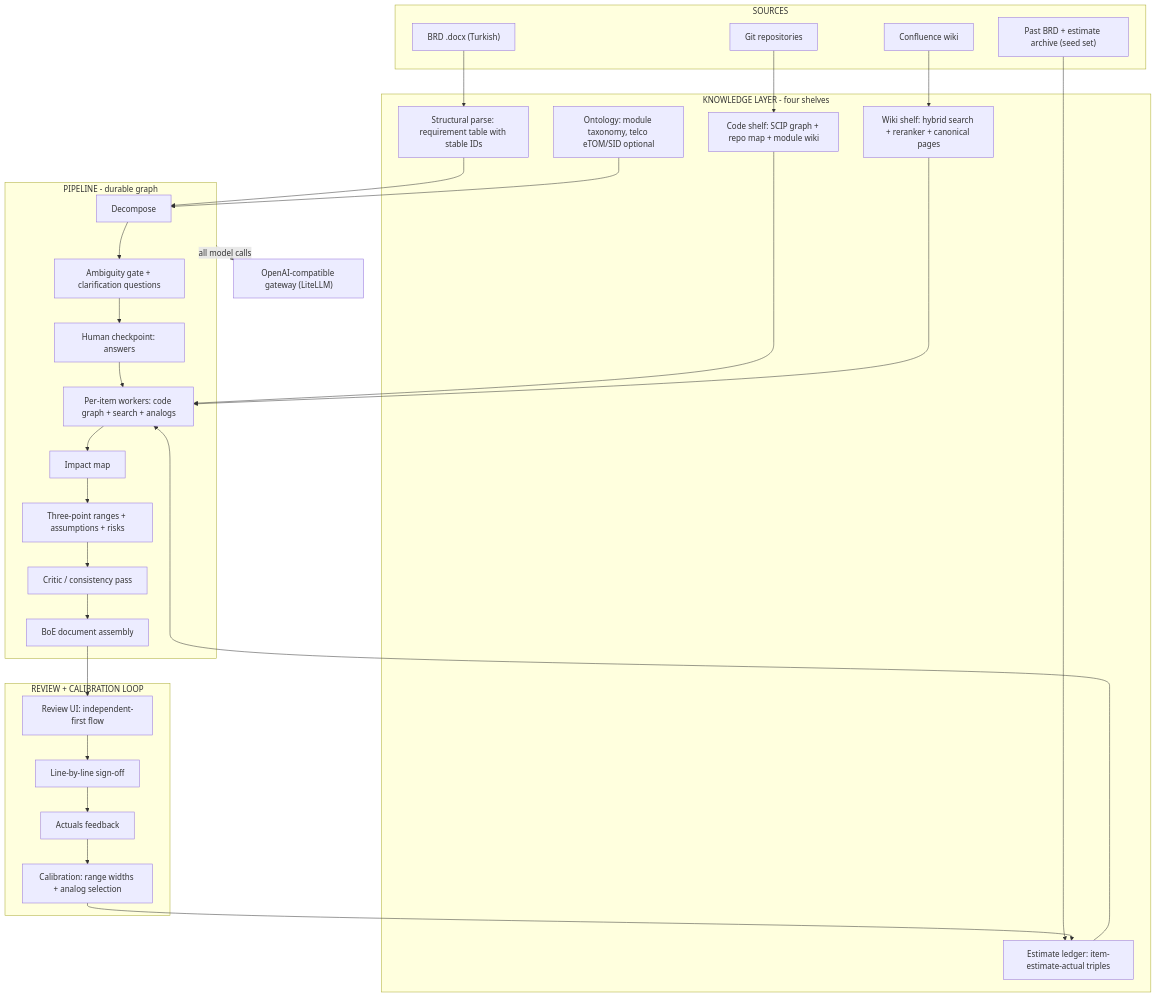
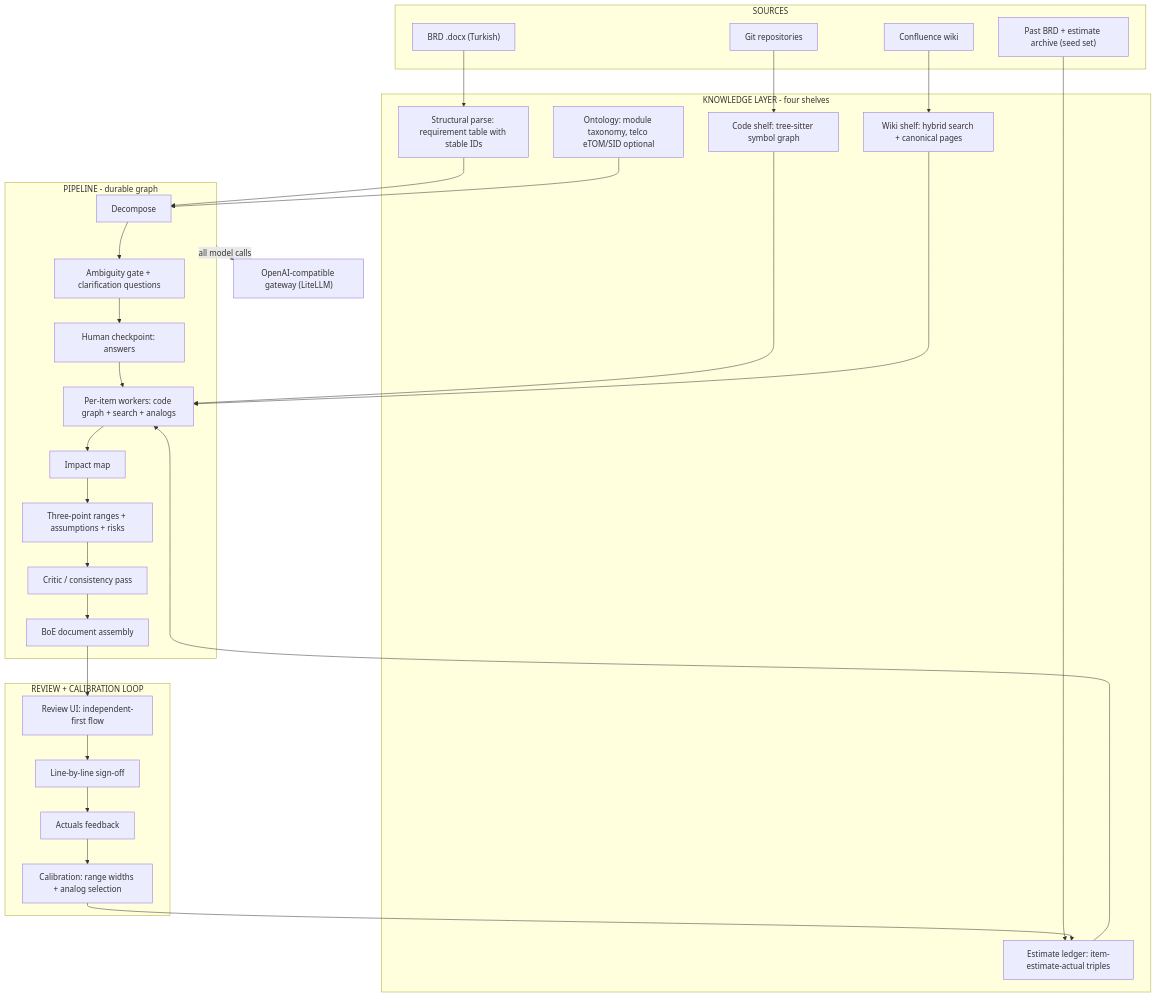
One commit to Sangaibisi/estimo changed the diagram in docs/ARCHITECTURE.md. Above: the diagram before and after it, drawn with Mermaid. The commit also changed other lines of this file and 6 other files, not shown here.

````diff
--- a/docs/ARCHITECTURE.md
+++ b/docs/ARCHITECTURE.md
@@ -9,49 +13,49 @@
 ```mermaid
 flowchart TB
     subgraph SRC["SOURCES"]
         BRD["BRD .docx (Turkish)"]
         CONF["Confluence wiki"]
         GIT["Git repositories"]
         ARCH["Past BRD + estimate archive (seed set)"]
     end
 
     subgraph KNW["KNOWLEDGE LAYER - four shelves"]
         PARSE["Structural parse: requirement table with stable IDs"]
-        CODE["Code shelf: SCIP graph + repo map + module wiki"]
-        WIKI["Wiki shelf: hybrid search + reranker + canonical pages"]
+        CODE["Code shelf: tree-sitter symbol graph"]
+        WIKI["Wiki shelf: hybrid search + canonical pages"]
         LEDGER["Estimate ledger: item-estimate-actual triples"]
         ONTO["Ontology: module taxonomy, telco eTOM/SID optional"]
     end
 
     subgraph PIPE["PIPELINE - durable graph"]
         DEC["Decompose"]
         AMB["Ambiguity gate + clarification questions"]
         HITL["Human checkpoint: answers"]
         WRK["Per-item workers: code graph + search + analogs"]
         IMP["Impact map"]
         EST["Three-point ranges + assumptions + risks"]
         CRIT["Critic / consistency pass"]
         DOC["BoE document assembly"]
     end
 
     subgraph REV["REVIEW + CALIBRATION LOOP"]
         UI["Review UI: independent-first flow"]
         SIGN["Line-by-line sign-off"]
         ACT["Actuals feedback"]
         CAL["Calibration: range widths + analog selection"]
     end
 
     GW["OpenAI-compatible gateway (LiteLLM)"]
 
     BRD --> PARSE --> DEC
     CONF --> WIKI
     GIT --> CODE
     ARCH --> LEDGER
     ONTO --> DEC
     DEC --> AMB --> HITL --> WRK
     CODE --> WRK
     WIKI --> WRK
     LEDGER --> WRK
     WRK --> IMP --> EST --> CRIT --> DOC --> UI --> SIGN --> ACT --> CAL --> LEDGER
     PIPE -.all model calls.-> GW
 ```
````
